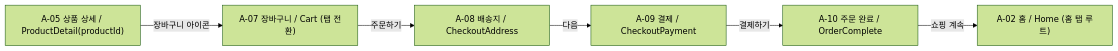
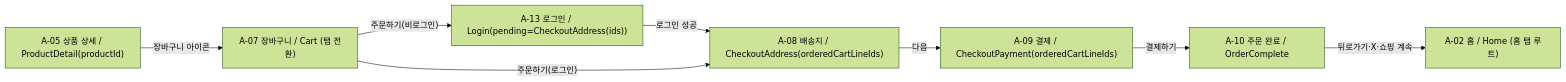
Before and after one commit to team-nativeLab/Eum-ShoppingMall-Android: the second of 8 diagrams in docs/APP_FLOW.md, drawn with Mermaid (forest theme). The commit also changed other lines of this file and 22 other files, not shown here.

````diff
--- a/docs/APP_FLOW.md
+++ b/docs/APP_FLOW.md
@@ -52,8 +52,10 @@
 ```mermaid
 flowchart LR
     A05["A-05 상품 상세 / ProductDetail(productId)"] -- 장바구니 아이콘 --> A07["A-07 장바구니 / Cart (탭 전환)"]
-    A07 -- 주문하기 --> A08["A-08 배송지 / CheckoutAddress"]
-    A08 -- 다음 --> A09["A-09 결제 / CheckoutPayment"]
+    A07 -- 주문하기(비로그인) --> A13["A-13 로그인 / Login(pending=CheckoutAddress(ids))"]
+    A13 -- 로그인 성공 --> A08
+    A07 -- 주문하기(로그인) --> A08["A-08 배송지 / CheckoutAddress(orderedCartLineIds)"]
+    A08 -- 다음 --> A09["A-09 결제 / CheckoutPayment(orderedCartLineIds)"]
     A09 -- 결제하기 --> A10["A-10 주문 완료 / OrderComplete"]
-    A10 -- 쇼핑 계속 --> A02["A-02 홈 / Home (홈 탭 루트)"]
+    A10 -- 뒤로가기·X·쇼핑 계속 --> A02["A-02 홈 / Home (홈 탭 루트)"]
 ```
````
